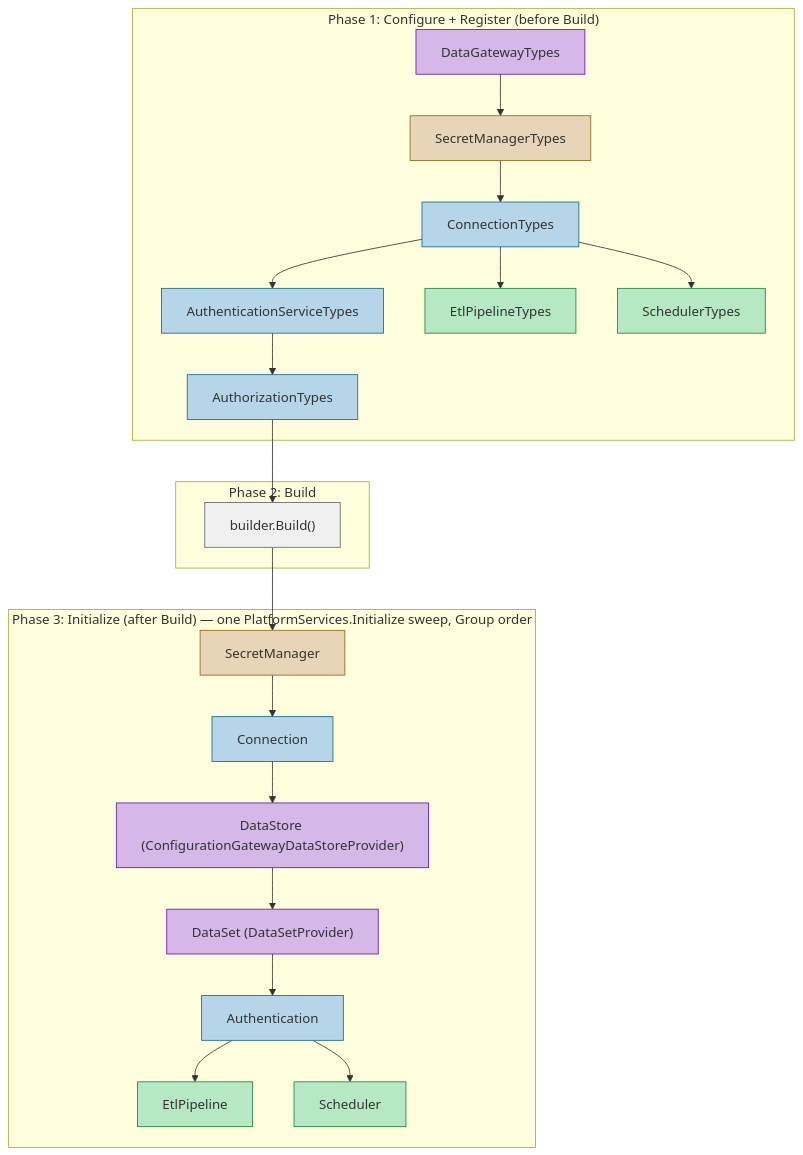
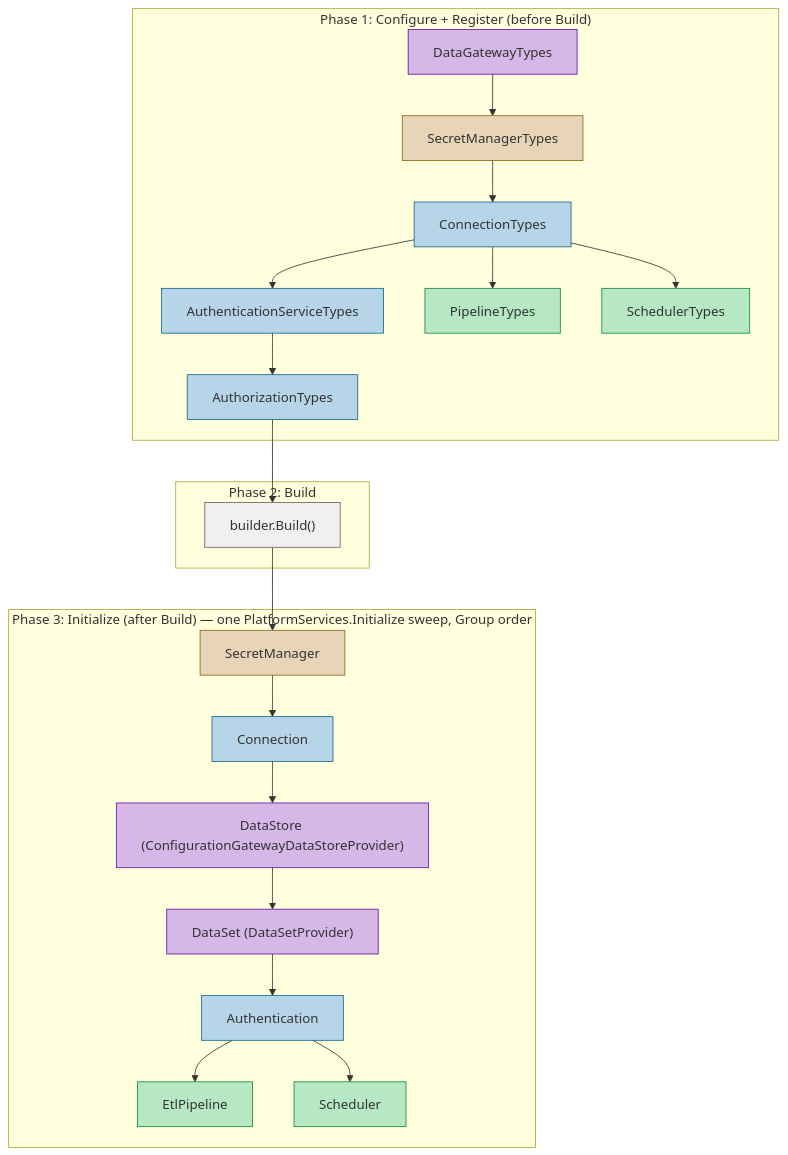
Before and after one commit to CyberdyneDevelopment/FractalDataWorks: the diagram in wiki/20-02-Service-Startup-Order.md, drawn with Mermaid. The commit also changed 2954 other files, not shown here.

````diff
--- a/wiki/20-02-Service-Startup-Order.md
+++ b/wiki/20-02-Service-Startup-Order.md
@@ -5,43 +5,43 @@
 ```mermaid
 graph TD
     subgraph "Phase 1: Configure + Register (before Build)"
         DG["DataGatewayTypes"] --> SM["SecretManagerTypes"]
         SM --> CONN["ConnectionTypes"]
         CONN --> AUTH["AuthenticationServiceTypes"]
         AUTH --> AUTHZ["AuthorizationTypes"]
-        CONN --> ETL["EtlPipelineTypes"]
+        CONN --> ETL["PipelineTypes"]
         CONN --> SCH["SchedulerTypes"]
     end
 
     subgraph "Phase 2: Build"
         BUILD["builder.Build()"]
     end
 
     subgraph "Phase 3: Initialize (after Build) — one PlatformServices.Initialize sweep, Group order"
         SM3["SecretManager"] --> CONN3["Connection"]
         CONN3 --> DSP["DataStore (ConfigurationGatewayDataStoreProvider)"]
         DSP --> DSet3["DataSet (DataSetProvider)"]
         DSet3 --> AUTH3["Authentication"]
         AUTH3 --> ETL3["EtlPipeline"]
         AUTH3 --> SCH3["Scheduler"]
     end
 
     AUTHZ --> BUILD
     BUILD --> SM3
 
     style DG fill:#d5b7e8,stroke:#6914a0
     style SM fill:#e8d5b7,stroke:#8b6914
     style CONN fill:#b7d5e8,stroke:#14698b
     style AUTH fill:#b7d5e8,stroke:#14698b
     style AUTHZ fill:#b7d5e8,stroke:#14698b
     style ETL fill:#b7e8c4,stroke:#148b3a
     style SCH fill:#b7e8c4,stroke:#148b3a
     style BUILD fill:#f0f0f0,stroke:#666
     style SM3 fill:#e8d5b7,stroke:#8b6914
     style CONN3 fill:#b7d5e8,stroke:#14698b
     style DSP fill:#d5b7e8,stroke:#6914a0
     style DSet3 fill:#d5b7e8,stroke:#6914a0
     style AUTH3 fill:#b7d5e8,stroke:#14698b
     style ETL3 fill:#b7e8c4,stroke:#148b3a
     style SCH3 fill:#b7e8c4,stroke:#148b3a
 ```
````
